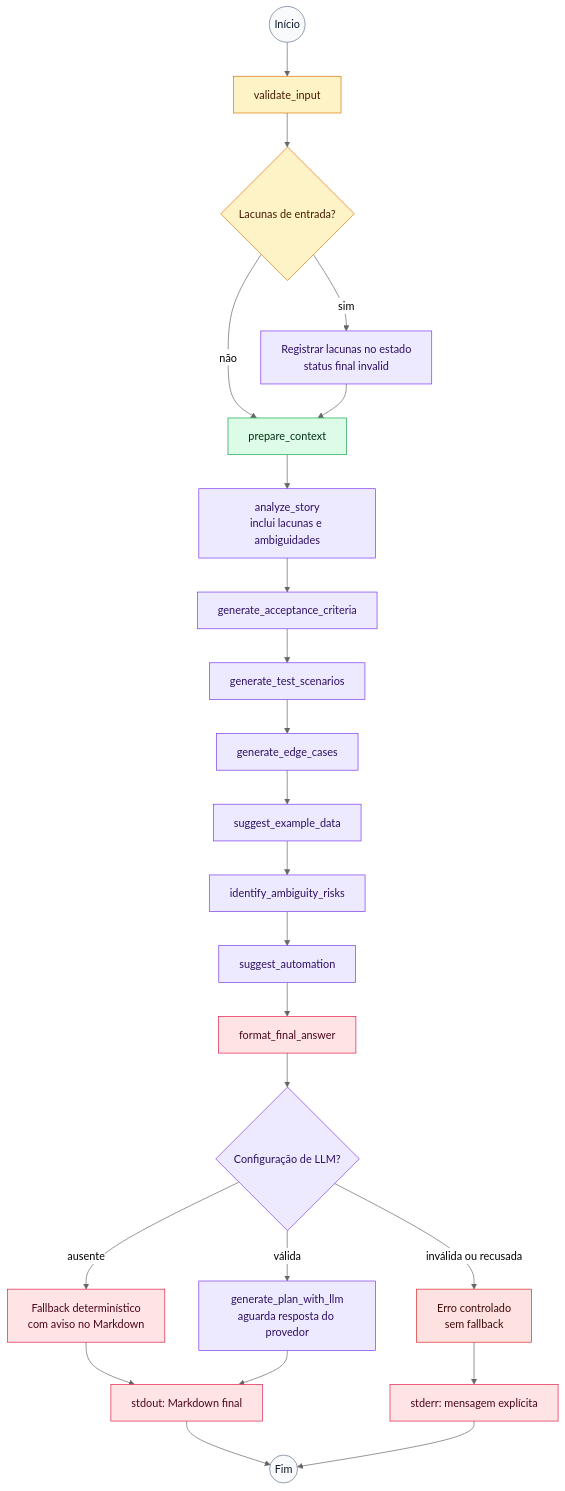
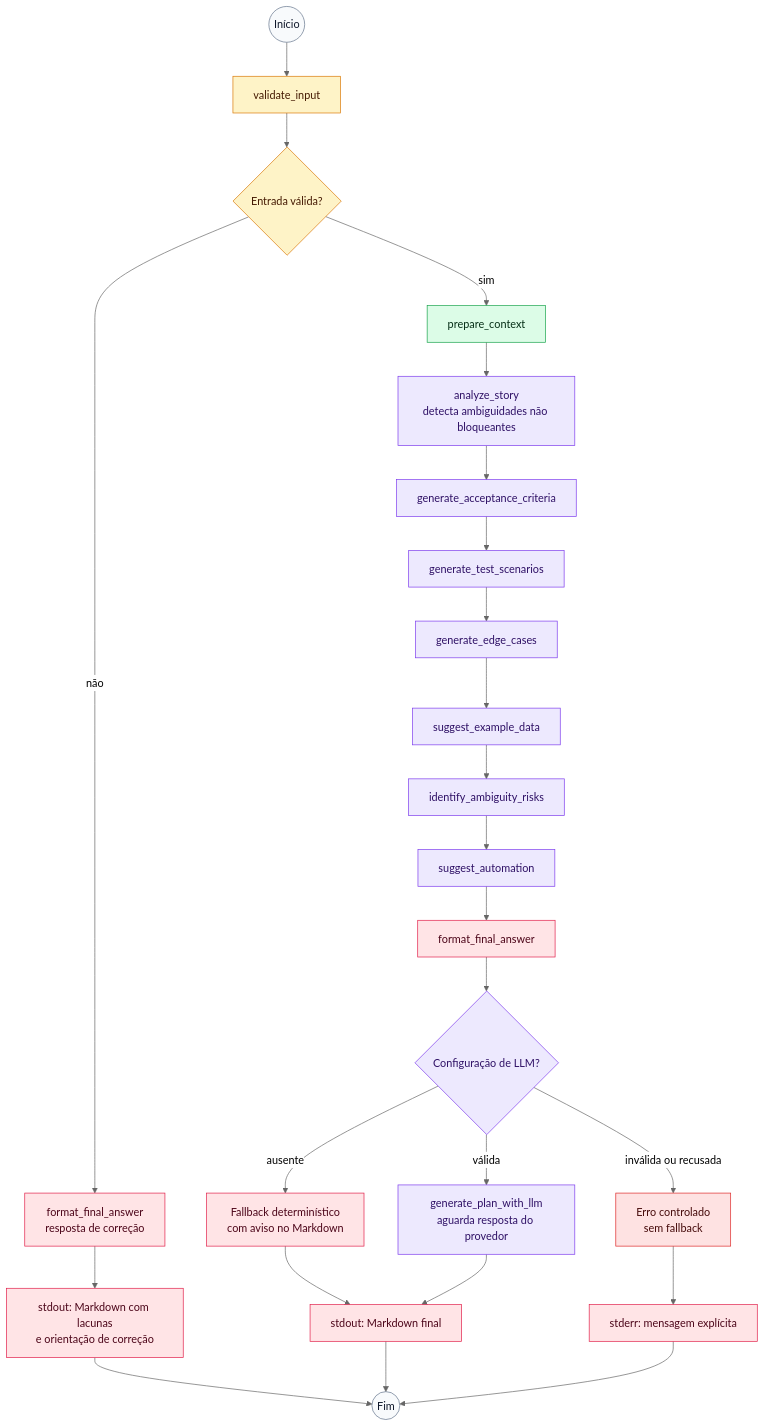
The second of 2 diagrams in README.md (geocarlos/test-plan-agent), drawn with Mermaid (neutral theme) before and after one commit. The commit also changed other lines of this file and 6 other files, not shown here.

Commit message:
docs: clarify validation flow in diagrams

````diff
--- a/README.md
+++ b/README.md
@@ -76,39 +79,40 @@
 ```mermaid
 flowchart TD
     start_node((Início)) --> validate_input[validate_input]
-    validate_input --> validation_result{Lacunas de entrada?}
-    validation_result -->|não| prepare_context[prepare_context]
-    validation_result -->|sim| keep_gaps[Registrar lacunas no estado<br/>status final invalid]
-    keep_gaps --> prepare_context
-    prepare_context --> analyze_story[analyze_story<br/>inclui lacunas e ambiguidades]
+    validate_input --> validation_result{Entrada válida?}
+    validation_result -->|não| invalid_answer[format_final_answer<br/>resposta de correção]
+    invalid_answer --> invalid_stdout[stdout: Markdown com lacunas<br/>e orientação de correção]
+    validation_result -->|sim| prepare_context[prepare_context]
+    prepare_context --> analyze_story[analyze_story<br/>detecta ambiguidades não bloqueantes]
     analyze_story --> acceptance[generate_acceptance_criteria]
     acceptance --> scenarios[generate_test_scenarios]
     scenarios --> edge_cases[generate_edge_cases]
     edge_cases --> example_data[suggest_example_data]
     example_data --> risks[identify_ambiguity_risks]
     risks --> automation[suggest_automation]
     automation --> final_answer[format_final_answer]
     final_answer --> llm_config{Configuração de LLM?}
     llm_config -->|ausente| deterministic_fallback[Fallback determinístico<br/>com aviso no Markdown]
     llm_config -->|válida| llm_request[generate_plan_with_llm<br/>aguarda resposta do provedor]
     llm_config -->|inválida ou recusada| llm_error[Erro controlado<br/>sem fallback]
     deterministic_fallback --> stdout_markdown[stdout: Markdown final]
     llm_request --> stdout_markdown
     llm_error --> stderr_message[stderr: mensagem explícita]
+    invalid_stdout --> finish_node
     stdout_markdown --> finish_node((Fim))
     stderr_message --> finish_node
 
     classDef boundaryClass fill:#f8fafc,stroke:#64748b,color:#0f172a
     classDef validationClass fill:#fef3c7,stroke:#d97706,color:#451a03
     classDef contextClass fill:#dcfce7,stroke:#16a34a,color:#052e16
     classDef generationClass fill:#ede9fe,stroke:#7c3aed,color:#2e1065
     classDef finalClass fill:#ffe4e6,stroke:#e11d48,color:#4c0519
     classDef errorClass fill:#fee2e2,stroke:#dc2626,color:#450a0a
 
     class start_node,finish_node boundaryClass
     class validate_input,validation_result validationClass
     class prepare_context contextClass
-    class keep_gaps,analyze_story,acceptance,scenarios,edge_cases,example_data,risks,automation,llm_config,llm_request generationClass
-    class final_answer,deterministic_fallback,stdout_markdown,stderr_message finalClass
+    class analyze_story,acceptance,scenarios,edge_cases,example_data,risks,automation,llm_config,llm_request generationClass
+    class invalid_answer,invalid_stdout,final_answer,deterministic_fallback,stdout_markdown,stderr_message finalClass
     class llm_error errorClass
 ```
````
